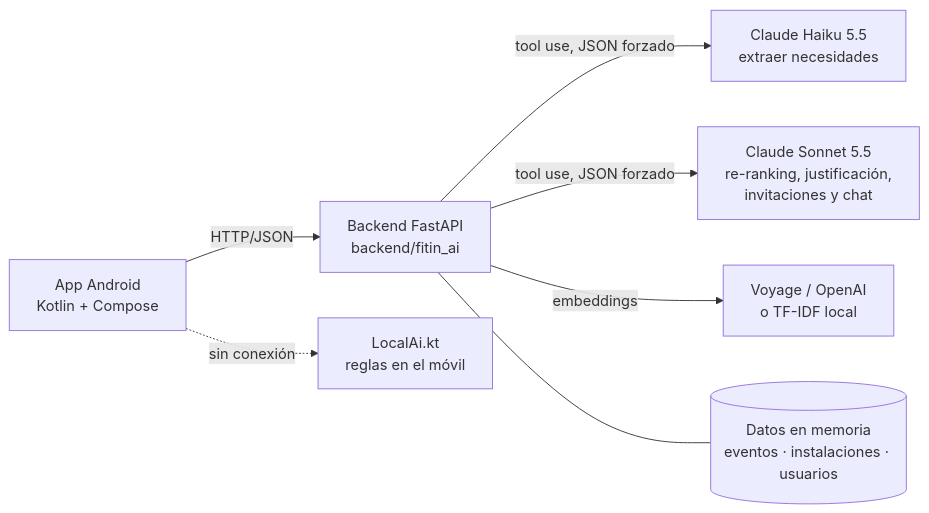
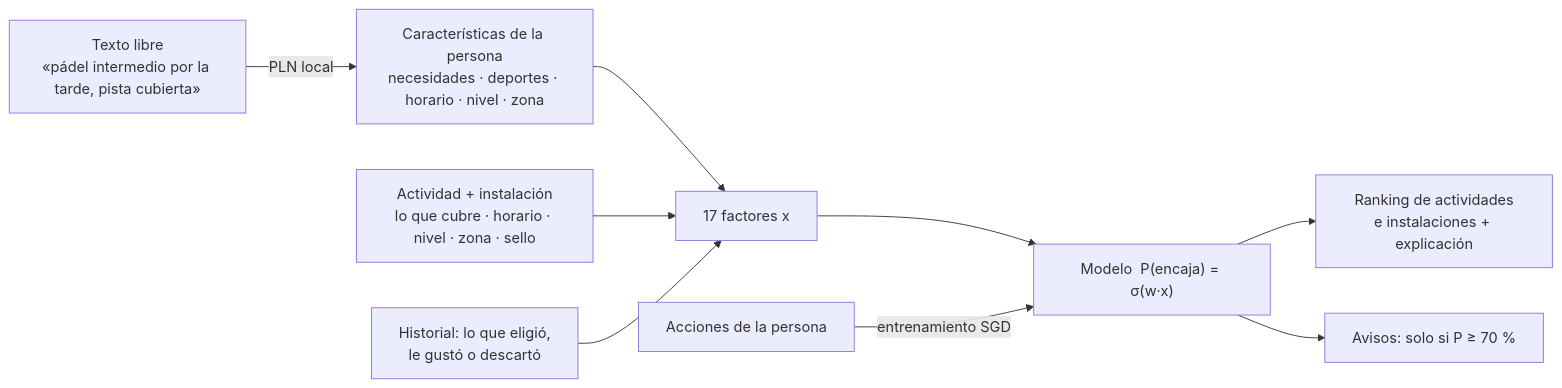
One commit to javierromeo1612/fit-in-ia changed the diagram in ARQUITECTURA-IA.md. Above: the diagram before and after it, drawn with Mermaid. The commit also changed other lines of this file and 43 other files, not shown here.

Commit message:
IA en el móvil: recomendador que aprende y avisos

````diff
--- a/ARQUITECTURA-IA.md
+++ b/ARQUITECTURA-IA.md
@@ -11,9 +15,11 @@
 ```mermaid
 flowchart LR
-    A[App Android<br/>Kotlin + Compose] -- HTTP/JSON --> B[Backend FastAPI<br/>backend/fitin_ai]
-    B -- tool use, JSON forzado --> C[Claude Haiku 5.5<br/>extraer necesidades]
-    B -- tool use, JSON forzado --> D[Claude Sonnet 5.5<br/>re-ranking, justificación,<br/>invitaciones y chat]
-    B -- embeddings --> E[Voyage / OpenAI<br/>o TF-IDF local]
-    B --- F[(Datos en memoria<br/>eventos · instalaciones · usuarios)]
-    A -. sin conexión .-> G[LocalAi.kt<br/>reglas en el móvil]
+    P[Características de la persona<br/>necesidades · deportes · horario · nivel · zona] --> X
+    T[Texto libre<br/>«pádel intermedio por la tarde, pista cubierta»] -- PLN local --> P
+    A[Actividad + instalación<br/>lo que cubre · horario · nivel · zona · sello] --> X
+    H[Historial: lo que eligió,<br/>le gustó o descartó] --> X
+    X[17 factores x] --> M["Modelo  P(encaja) = σ(w·x)"]
+    M --> R[Ranking de actividades<br/>e instalaciones + explicación]
+    M --> N[Avisos: solo si P ≥ 70 %]
+    U[Acciones de la persona] -- entrenamiento SGD --> M
 ```
````
